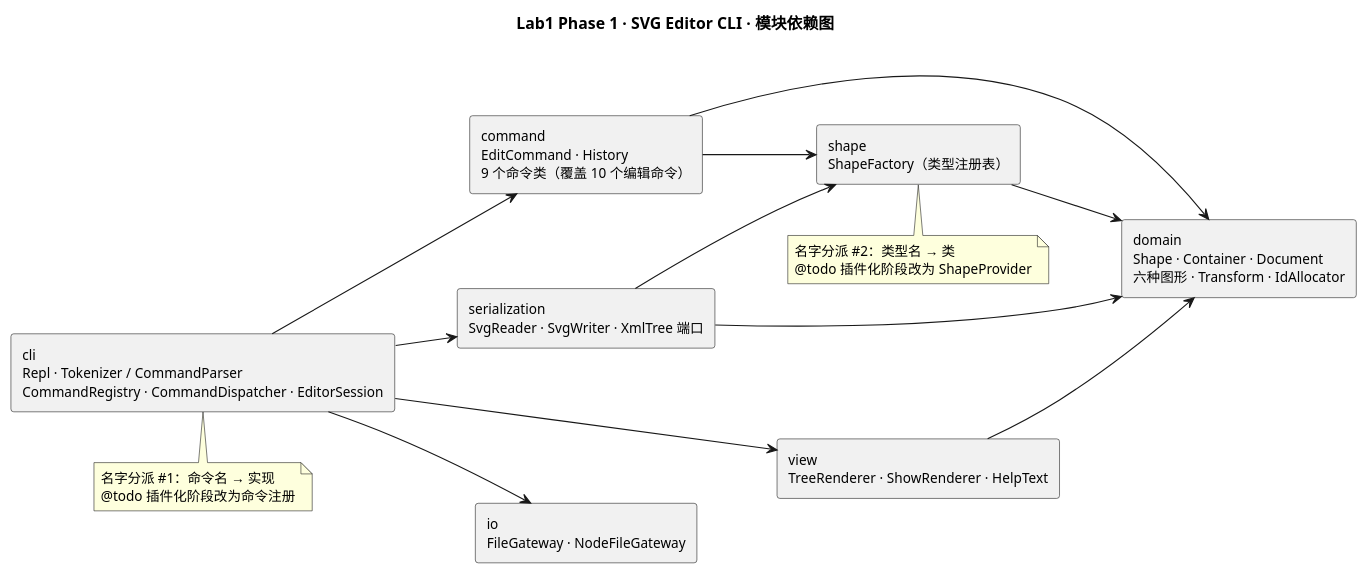
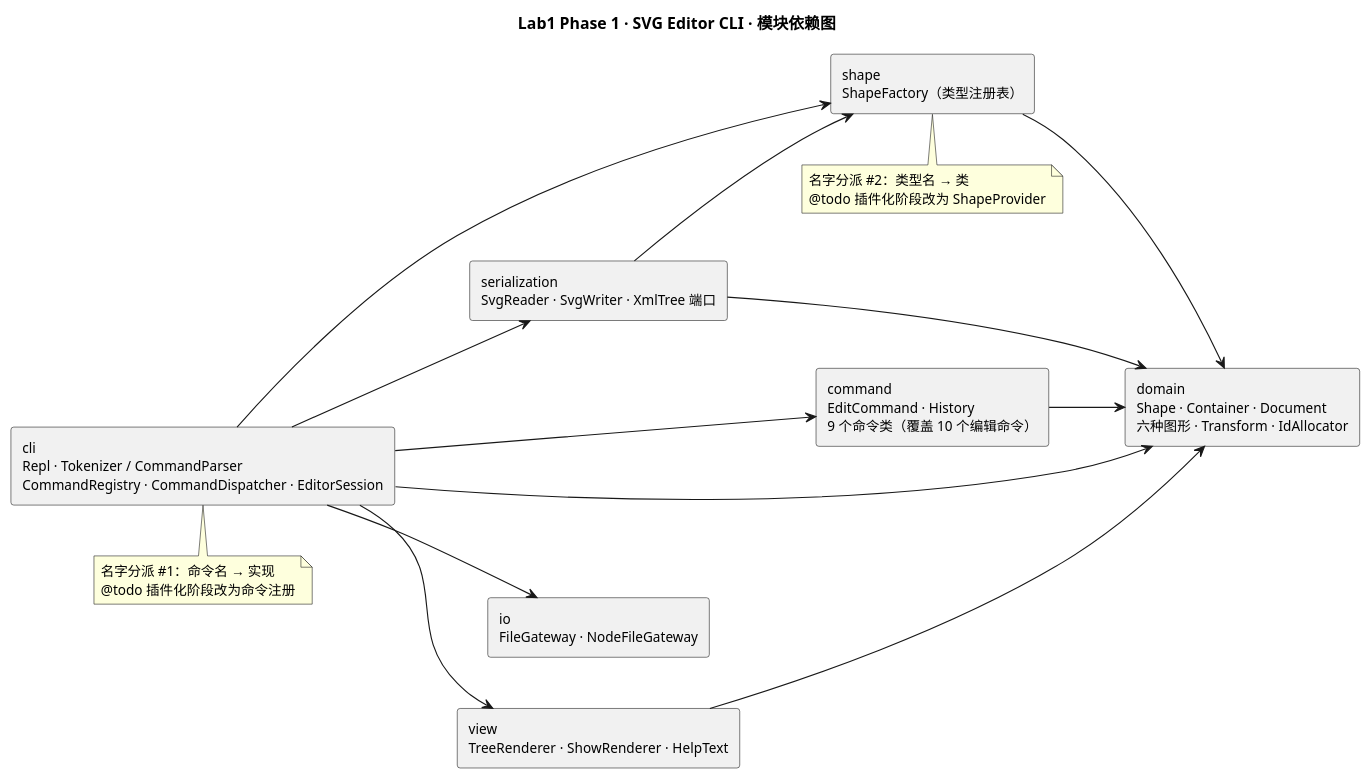
Before and after one commit to 1731067942cjh-hash/GaoJiRuanJian: the diagram in doc/architecture.puml, drawn with PlantUML. The commit also changed 7 other files, not shown here.

```diff
--- a/doc/architecture.puml
+++ b/doc/architecture.puml
@@ -1,38 +1,39 @@
 @startuml
 title Lab1 Phase 1 · SVG Editor CLI · 模块依赖图
 skinparam componentStyle rectangle
 skinparam shadowing false
 skinparam defaultFontSize 12
 skinparam nodesep 45
 skinparam ranksep 55
 left to right direction
 
 component "cli\nRepl · Tokenizer / CommandParser\nCommandRegistry · CommandDispatcher · EditorSession" as cli
 component "command\nEditCommand · History\n9 个命令类（覆盖 10 个编辑命令）" as cmd
 component "view\nTreeRenderer · ShowRenderer · HelpText" as view
 component "serialization\nSvgReader · SvgWriter · XmlTree 端口" as ser
 component "io\nFileGateway · NodeFileGateway" as io
 component "shape\nShapeFactory（类型注册表）" as shape
 component "domain\nShape · Container · Document\n六种图形 · Transform · IdAllocator" as domain
 
 cli --> cmd
 cli --> view
+cli --> shape
+cli --> domain
 cli --> ser
 cli --> io
-cmd --> shape
 cmd --> domain
 shape --> domain
 ser --> shape
 ser --> domain
 view --> domain
 
 note bottom of cli
   名字分派 #1：命令名 → 实现
   @todo 插件化阶段改为命令注册
 end note
 
 note bottom of shape
   名字分派 #2：类型名 → 类
   @todo 插件化阶段改为 ShapeProvider
 end note
 @enduml
```
